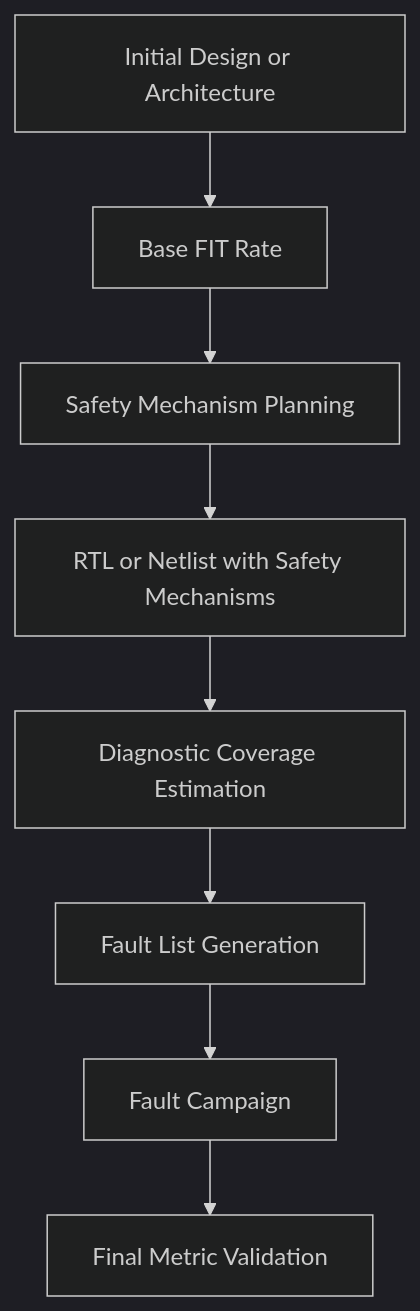
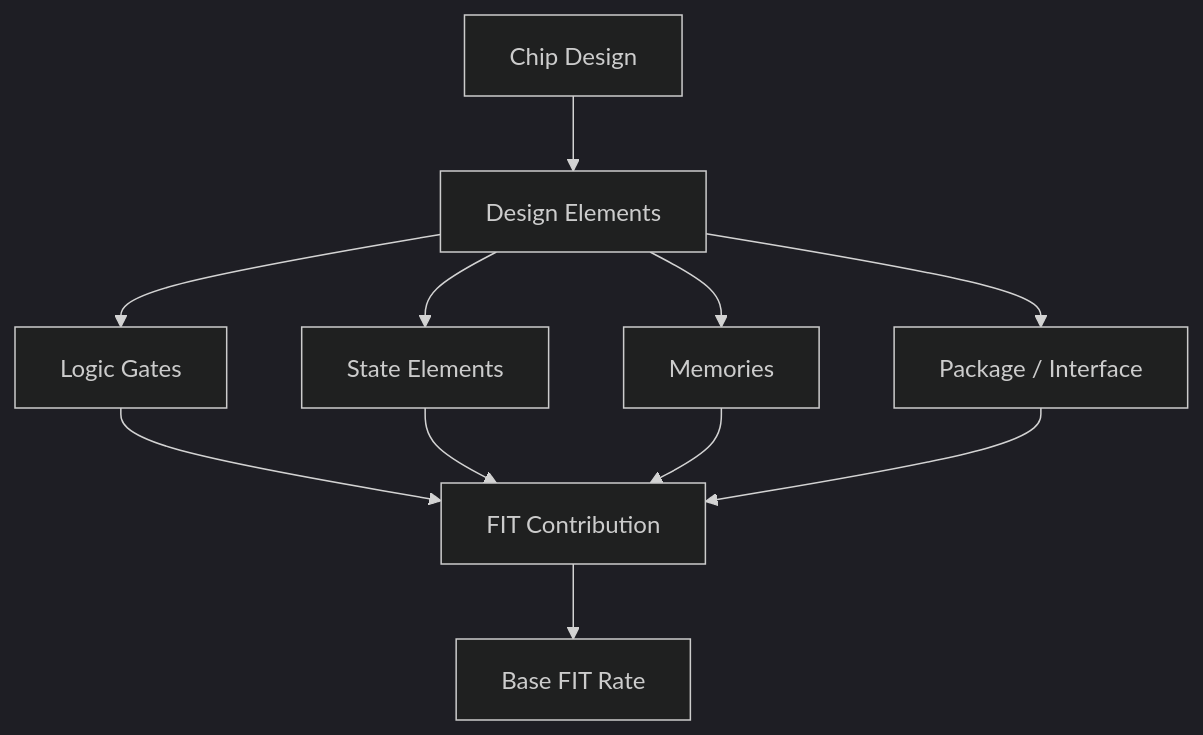
Before and after one commit to qiqixixi1001/automotive-safeic-practice: the first of 14 diagrams in articles/03_automotive_safeic_practice_d03_github_en_generic.md, drawn with Mermaid (dark theme). The commit also changed other lines of this file, not shown here.

````diff
--- a/articles/03_automotive_safeic_practice_d03_github_en_generic.md
+++ b/articles/03_automotive_safeic_practice_d03_github_en_generic.md
@@ -144,10 +75,13 @@
 ```mermaid
 flowchart TD
-    A[Initial Design or Architecture] --> B[Base FIT Rate]
-    B --> C[Safety Mechanism Planning]
-    C --> D[RTL or Netlist with Safety Mechanisms]
-    D --> E[Diagnostic Coverage Estimation]
-    E --> F[Fault List Generation]
-    F --> G[Fault Campaign]
-    G --> H[Final Metric Validation]
+    A[Chip Design] --> B[Design Elements]
+    B --> C[Logic Gates]
+    B --> D[State Elements]
+    B --> E[Memories]
+    B --> F[Package / Interface]
+    C --> G[FIT Contribution]
+    D --> G
+    E --> G
+    F --> G
+    G --> H[Base FIT Rate]
 ```
````
